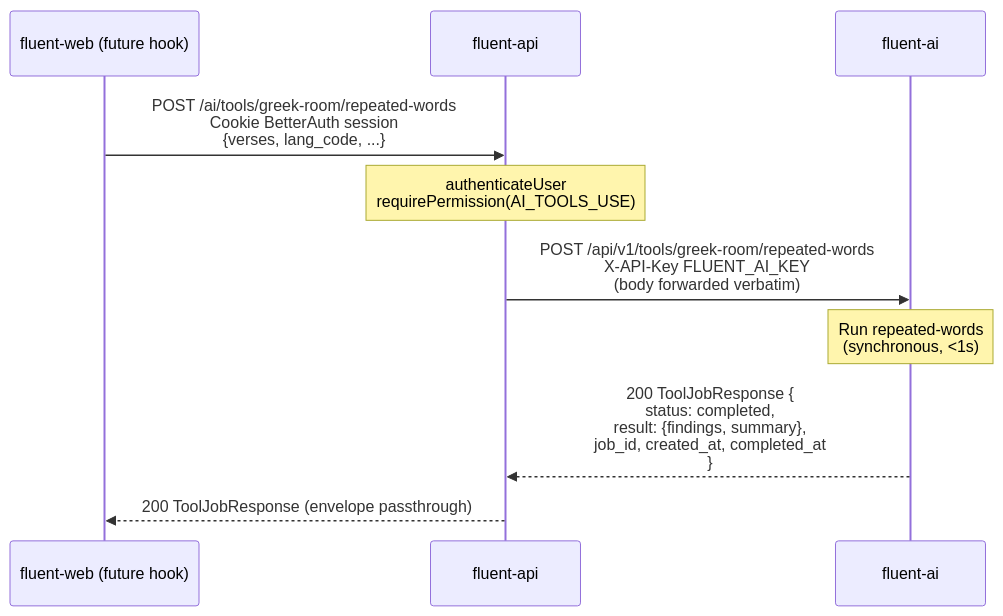
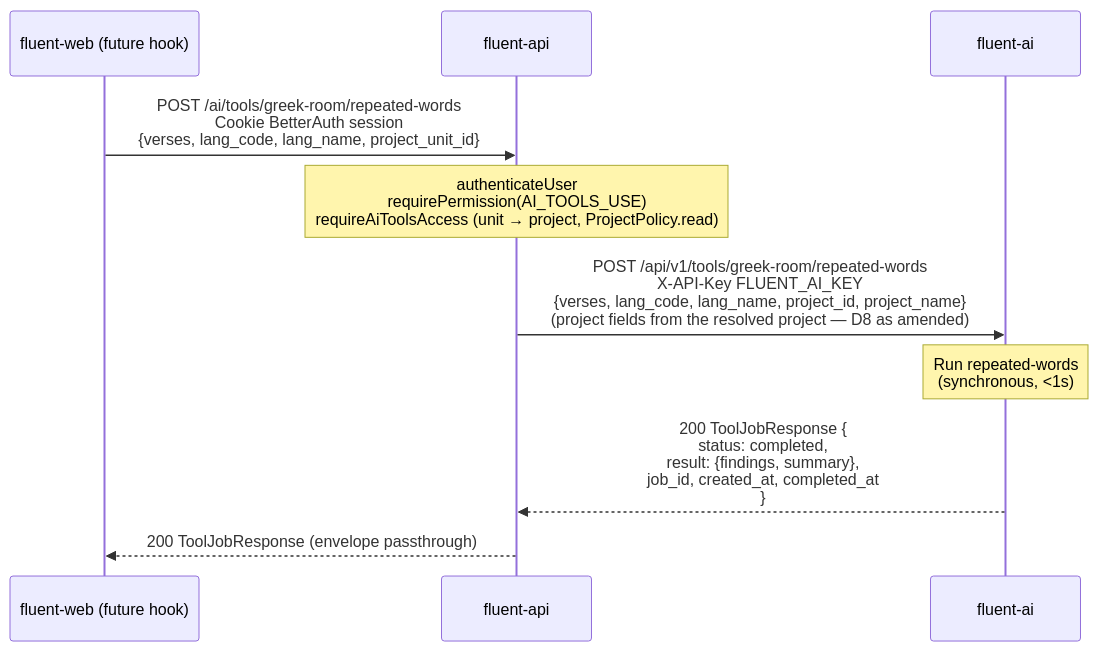
Before and after one commit to eten-tech-foundation/fluent-api: the first of 2 diagrams in docs/features/repeated-word-check/ai-tools-integration-suggestion.md, drawn with Mermaid. The commit also changed other lines of this file and 9 other files, not shown here.

First line of the commit message:
fix(ai-tools): resolve repeated-words project from project_unit_id (#420)

````diff
--- a/docs/features/repeated-word-check/ai-tools-integration-suggestion.md
+++ b/docs/features/repeated-word-check/ai-tools-integration-suggestion.md
@@ -96,13 +96,13 @@
 ```mermaid
 sequenceDiagram
   participant W as fluent-web (future hook)
   participant A as fluent-api
   participant I as fluent-ai
 
-  W->>A: POST /ai/tools/greek-room/repeated-words<br/>Cookie BetterAuth session<br/>{verses, lang_code, ...}
-  Note over A: authenticateUser<br/>requirePermission(AI_TOOLS_USE)
-  A->>I: POST /api/v1/tools/greek-room/repeated-words<br/>X-API-Key FLUENT_AI_KEY<br/>(body forwarded verbatim)
+  W->>A: POST /ai/tools/greek-room/repeated-words<br/>Cookie BetterAuth session<br/>{verses, lang_code, lang_name, project_unit_id}
+  Note over A: authenticateUser<br/>requirePermission(AI_TOOLS_USE)<br/>requireAiToolsAccess (unit → project, ProjectPolicy.read)
+  A->>I: POST /api/v1/tools/greek-room/repeated-words<br/>X-API-Key FLUENT_AI_KEY<br/>{verses, lang_code, lang_name, project_id, project_name}<br/>(project fields from the resolved project — D8 as amended)
   Note over I: Run repeated-words<br/>(synchronous, <1s)
   I-->>A: 200 ToolJobResponse {<br/> status: completed,<br/> result: {findings, summary},<br/> job_id, created_at, completed_at<br/>}
   A-->>W: 200 ToolJobResponse (envelope passthrough)
 ```
````
